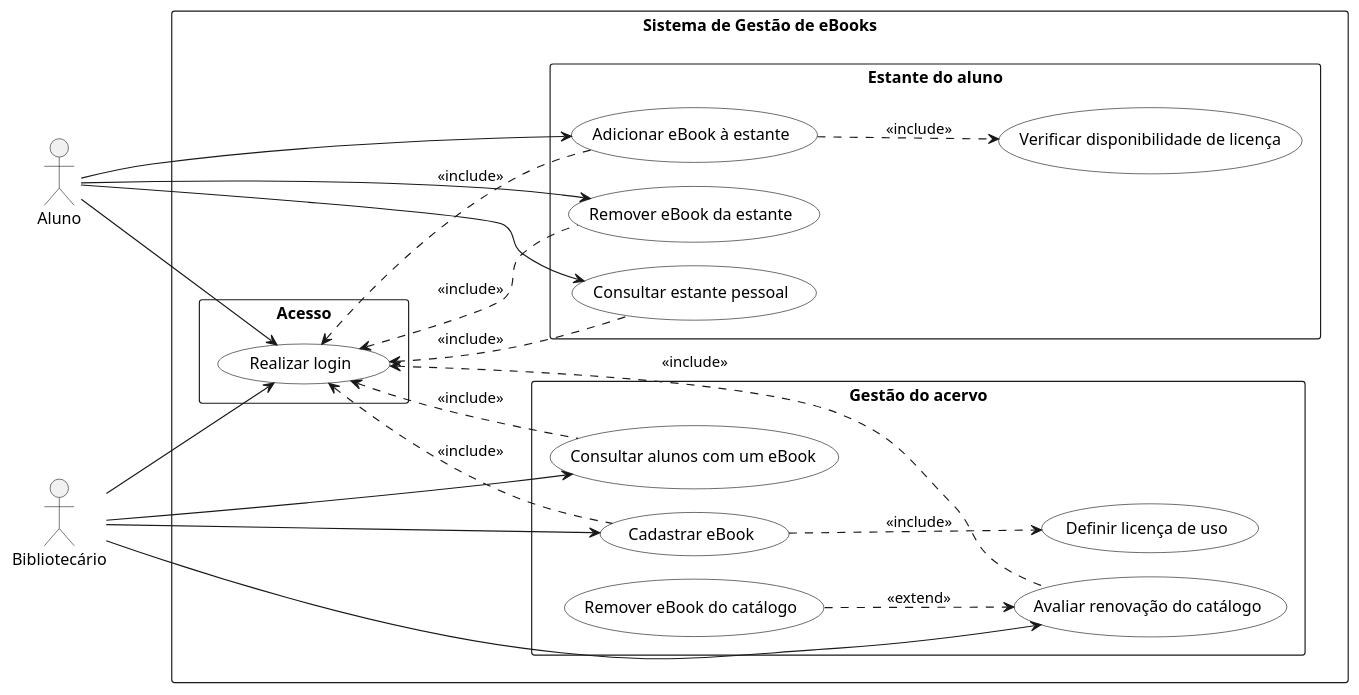
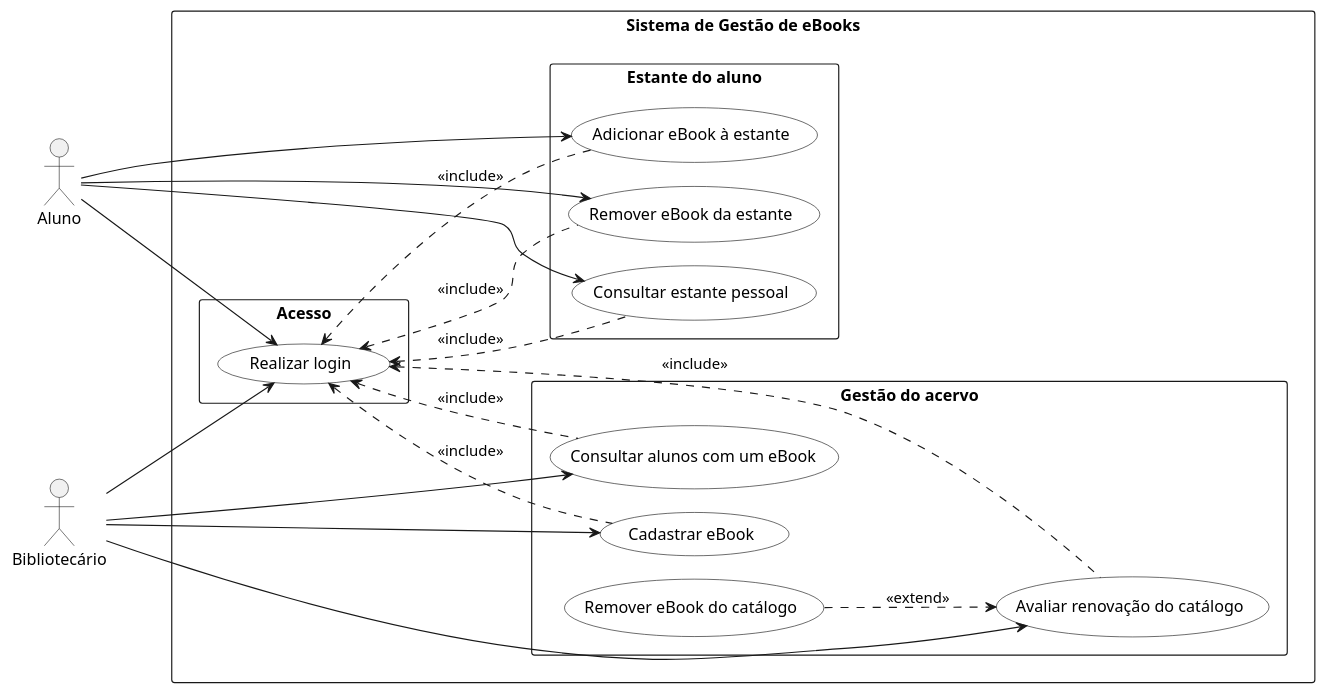
Before and after one commit to lucasnmc12/lab01-ebooks-biblioteca: the diagram in docs/diagramas/casos-de-uso.puml, drawn with PlantUML.

Commit message:
UC diagram - Exclusão UCs definir licença de uso e verificar disponibilidade da licenca

```diff
--- a/docs/diagramas/casos-de-uso.puml
+++ b/docs/diagramas/casos-de-uso.puml
@@ -1,75 +1,68 @@
 @startuml casos_de_uso_ebooks
-
 ' ---------------------------------------------------------------
 ' Sistema de Gestao de eBooks da Biblioteca Universitaria
 ' Lab01S01 - Diagrama de Casos de Uso
 '
 ' Responsaveis:
 '   Lucas Nogueira ..... UC07, UC08, UC09, UC10, UC11, UC12 (Bibliotecario)
 '   Pedro Resende ...... UC01, UC02, UC03, UC04, UC05, UC06 (Aluno / acesso)
 ' ---------------------------------------------------------------
 
 left to right direction
 skinparam packageStyle rectangle
 skinparam shadowing false
 skinparam nodesep 20
 skinparam ranksep 80
 skinparam usecase {
   BackgroundColor White
   BorderColor Black
 }
 
 actor "Aluno" as Aluno
 actor "Bibliotecário" as Bibliotecario
 
 rectangle "Sistema de Gestão de eBooks" {
 
   package "Acesso" {
     usecase "Realizar login" as UC01
   }
 
   package "Estante do aluno" {
     usecase "Adicionar eBook à estante" as UC02
     usecase "Remover eBook da estante" as UC03
     usecase "Consultar estante pessoal" as UC04
-    usecase "Verificar disponibilidade de licença" as UC05
   }
 
   package "Gestão do acervo" {
     usecase "Cadastrar eBook" as UC07
-    usecase "Definir licença de uso" as UC08
     usecase "Consultar alunos com um eBook" as UC09
     usecase "Avaliar renovação do catálogo" as UC11
     usecase "Remover eBook do catálogo" as UC12
   }
 }
 
 Aluno --> UC01
 Bibliotecario --> UC01
 
 Aluno --> UC02
 Aluno --> UC03
 Aluno --> UC04
 
 Bibliotecario --> UC07
 Bibliotecario --> UC09
 Bibliotecario --> UC11
 
 ' Login e incluido por todos os casos de uso que exigem usuario autenticado.
 ' A seta esta escrita como "UC01 <.. UCxx" apenas para o PlantUML posicionar
 ' o login proximo aos atores; a dependencia continua saindo de UCxx para UC01.
 UC01 <.. UC02 : <<include>>
 UC01 <.. UC03 : <<include>>
 UC01 <.. UC04 : <<include>>
 UC01 <.. UC07 : <<include>>
 UC01 <.. UC09 : <<include>>
 UC01 <.. UC11 : <<include>>
 
-UC02 ..> UC05 : <<include>>
-UC07 ..> UC08 : <<include>>
-
 ' Extend: a remocao do catalogo so acontece quando o eBook nao alcanca
 ' o minimo de 3 alunos ao final do periodo de acesso.
 UC12 ..> UC11 : <<extend>>
-
 @enduml
```
